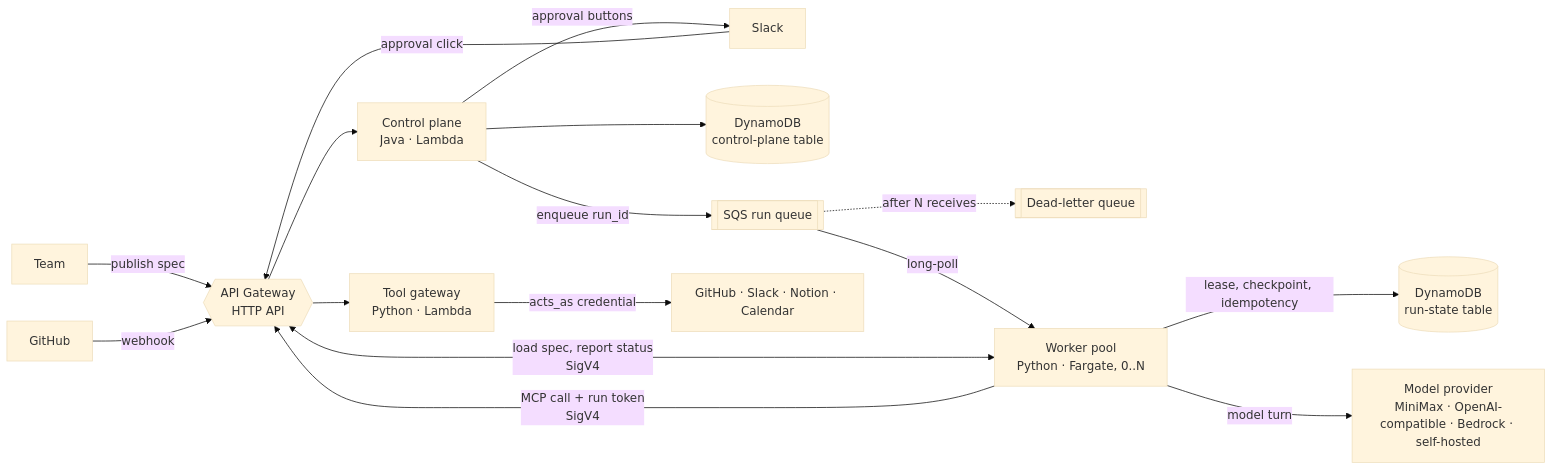
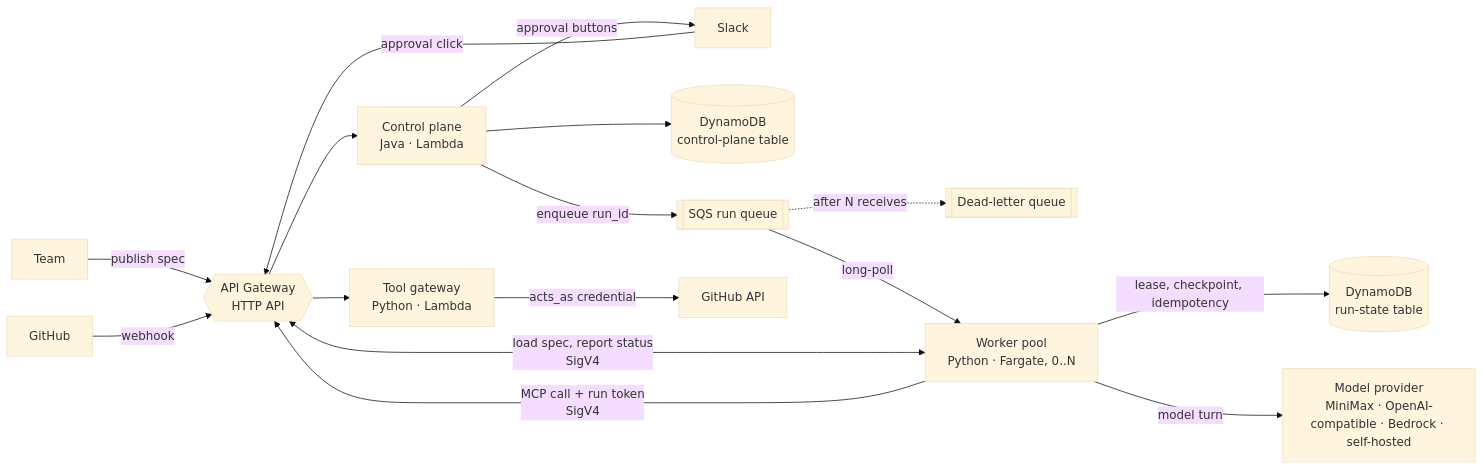
One commit to yuchia329/agent-builder-runtime-platform changed the first of 2 diagrams in docs/architecture.md. Above: the diagram before and after it, drawn with Mermaid (base theme). The commit also changed other lines of this file and 5 other files, not shown here.

First line of the commit message:
Docs: README for visitors, roadmap condensed; project closed after M8

````diff
--- a/docs/architecture.md
+++ b/docs/architecture.md
@@ -8,18 +8,18 @@
 ```mermaid
 flowchart LR
   team[Team] -->|publish spec| API
   gh[GitHub] -->|webhook| API
   slack[Slack] -->|approval click| API
   API{{API Gateway<br/>HTTP API}} --> CP
   CP[Control plane<br/>Java · Lambda] --> CPDB[(DynamoDB<br/>control-plane table)]
   CP -->|approval buttons| slack
   CP -->|enqueue run_id| Q[[SQS run queue]]
   Q -.->|after N receives| DLQ[[Dead-letter queue]]
   Q -->|long-poll| W[Worker pool<br/>Python · Fargate, 0..N]
   W <-->|load spec, report status<br/>SigV4| API
   W -->|lease, checkpoint, idempotency| DDB[(DynamoDB<br/>run-state table)]
   W -->|model turn| BR[Model provider<br/>MiniMax · OpenAI-compatible · Bedrock · self-hosted]
   W -->|MCP call + run token<br/>SigV4| API
   API --> GW[Tool gateway<br/>Python · Lambda]
-  GW -->|acts_as credential| EXT[GitHub · Slack · Notion · Calendar]
+  GW -->|acts_as credential| EXT[GitHub API]
 ```
````
